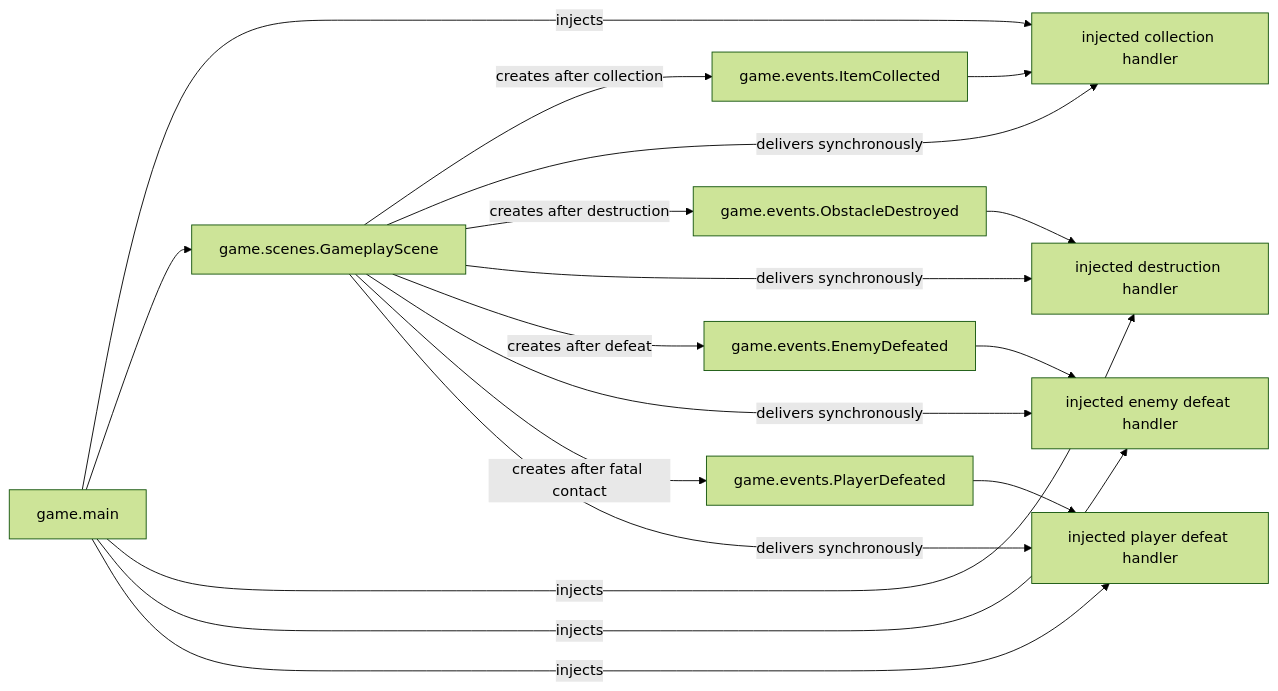
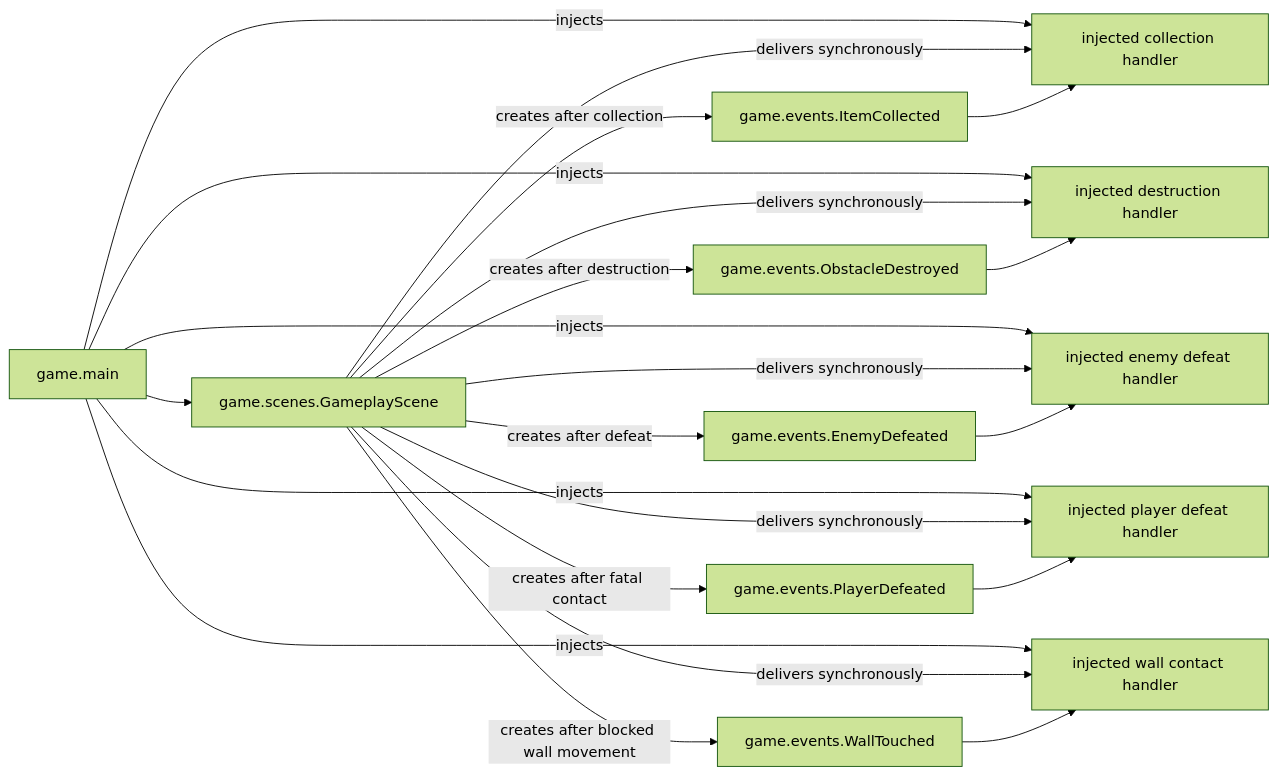
Before and after one commit to VincentMardon/my_first_adventure_game: the diagram in docs/architecture/events.md, drawn with Mermaid (forest theme). The commit also changed other lines of this file and 16 other files, not shown here.

Commit message:
feat(entities): pursue player after wall contact

````diff
--- a/docs/architecture/events.md
+++ b/docs/architecture/events.md
@@ -64,31 +71,37 @@
 ```mermaid
 flowchart LR
     GameMain["game.main"]
     GameplayScene["game.scenes.GameplayScene"]
     ItemCollected["game.events.ItemCollected"]
     ObstacleDestroyed["game.events.ObstacleDestroyed"]
     EnemyDefeated["game.events.EnemyDefeated"]
     PlayerDefeated["game.events.PlayerDefeated"]
+    WallTouched["game.events.WallTouched"]
     Handler["injected collection handler"]
     DestructionHandler["injected destruction handler"]
     DefeatHandler["injected enemy defeat handler"]
     PlayerDefeatHandler["injected player defeat handler"]
+    WallHandler["injected wall contact handler"]
 
     GameMain -->|"injects"| Handler
     GameMain --> GameplayScene
     GameplayScene -->|"creates after collection"| ItemCollected
     GameplayScene -->|"delivers synchronously"| Handler
     ItemCollected --> Handler
     GameMain -->|"injects"| DestructionHandler
     GameplayScene -->|"creates after destruction"| ObstacleDestroyed
     GameplayScene -->|"delivers synchronously"| DestructionHandler
     ObstacleDestroyed --> DestructionHandler
     GameMain -->|"injects"| DefeatHandler
     GameplayScene -->|"creates after defeat"| EnemyDefeated
     GameplayScene -->|"delivers synchronously"| DefeatHandler
     EnemyDefeated --> DefeatHandler
     GameMain -->|"injects"| PlayerDefeatHandler
     GameplayScene -->|"creates after fatal contact"| PlayerDefeated
     GameplayScene -->|"delivers synchronously"| PlayerDefeatHandler
     PlayerDefeated --> PlayerDefeatHandler
+    GameMain -->|"injects"| WallHandler
+    GameplayScene -->|"creates after blocked wall movement"| WallTouched
+    GameplayScene -->|"delivers synchronously"| WallHandler
+    WallTouched --> WallHandler
 ```
````
